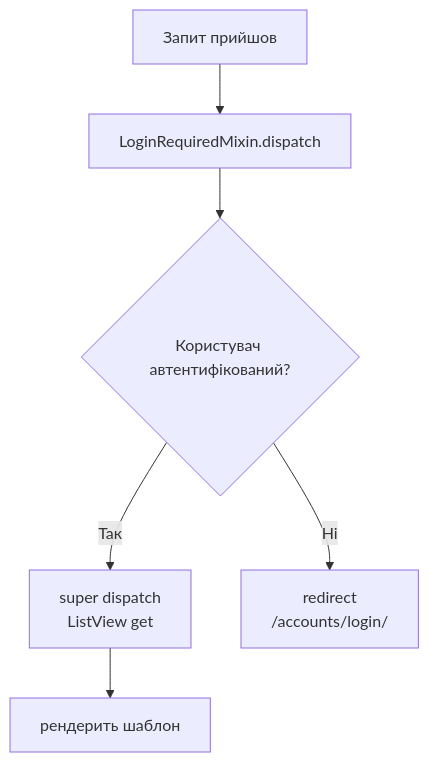
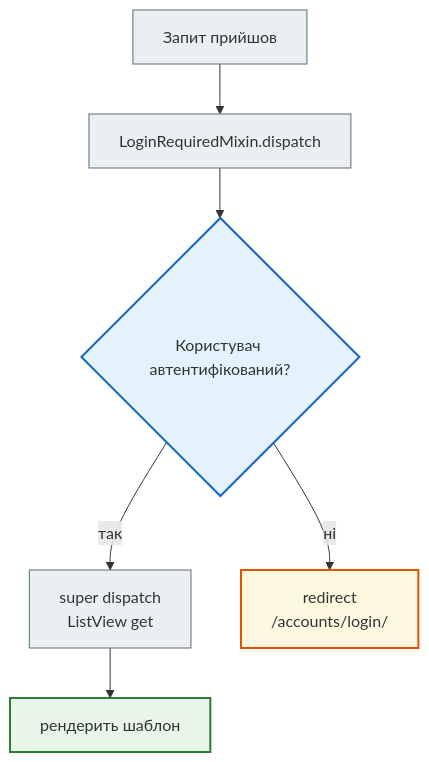
One commit to NikoriakViktot/notes_chat_app changed the third of 3 diagrams in docs/tutorials/README_4.md. Above: the diagram before and after it, drawn with Mermaid. The commit also changed other lines of this file and 441 other files, not shown here.

First line of the commit message:
Add English version of the book, Mermaid standard, docs fixes

````diff
--- a/docs/tutorials/README_4.md
+++ b/docs/tutorials/README_4.md
@@ -226,13 +232,23 @@
 ```mermaid
 flowchart TD
 
     R["Запит прийшов"] --> D["LoginRequiredMixin.dispatch"]
 
     D --> A{"Користувач автентифікований?"}
 
-    A -->|"Так"| C["super dispatch\nListView get"]
+    A -->|"так"| C["super dispatch<br>ListView get"]
 
-    A -->|"Ні"| L["redirect\n/accounts/login/"]
+    A -->|"ні"| L["redirect<br>/accounts/login/"]
 
     C --> T["рендерить шаблон"]
+
+    classDef step     fill:#eceff1,stroke:#546e7a,stroke-width:1px;
+    classDef decision fill:#e3f2fd,stroke:#1565c0,stroke-width:2px;
+    classDef success  fill:#e8f5e9,stroke:#2e7d32,stroke-width:2px;
+    classDef warning  fill:#fff8e1,stroke:#e65100,stroke-width:2px;
+
+    class R,D,C step;
+    class A decision;
+    class L warning;
+    class T success;
 ```
````
